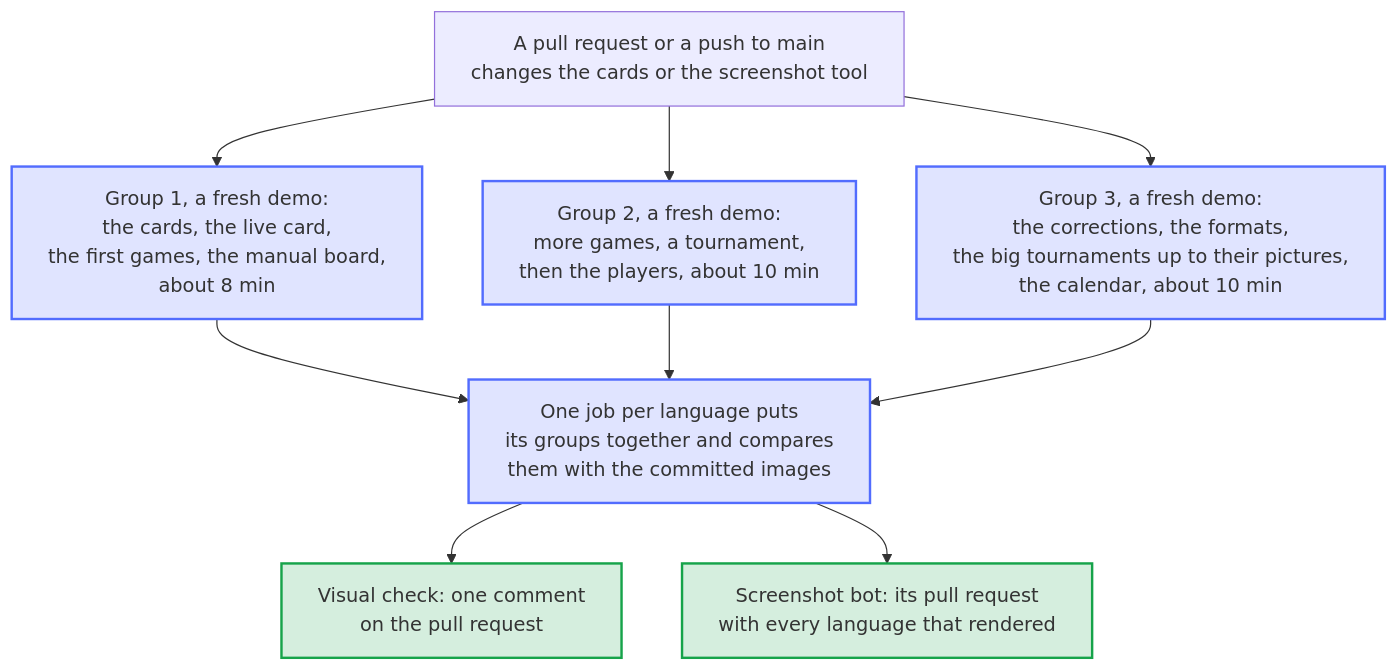
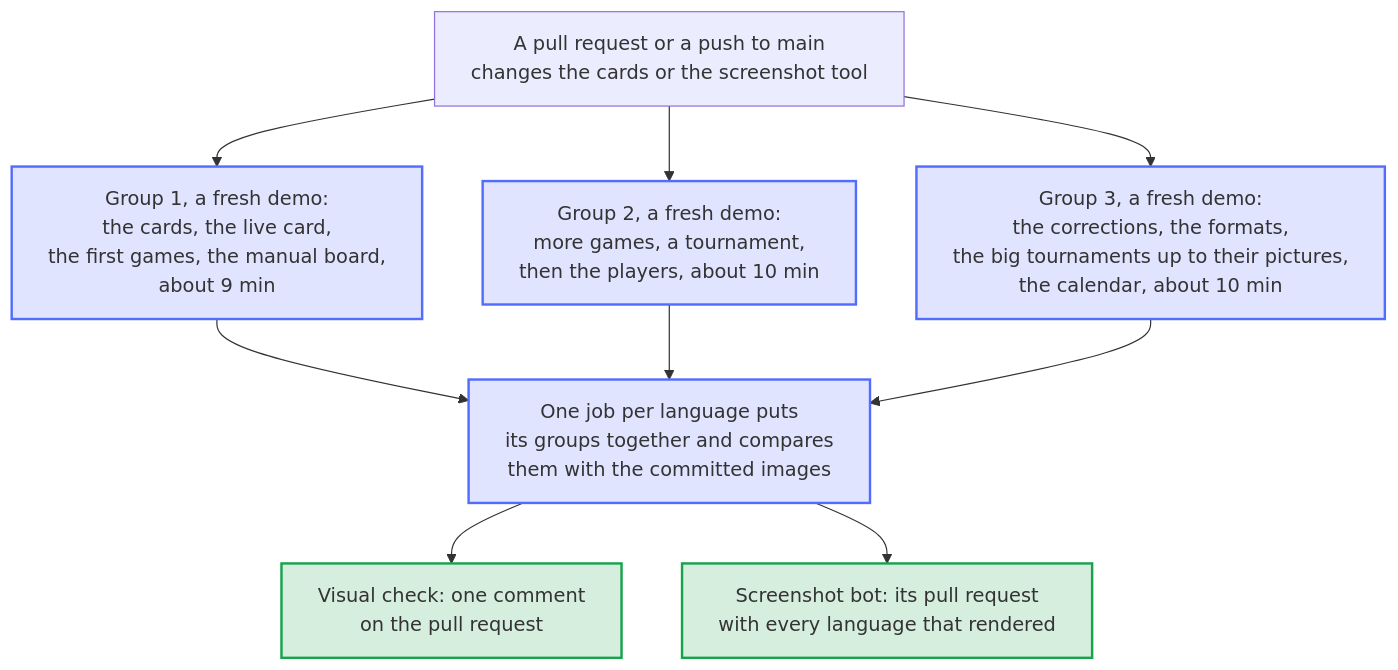
The diagram in docs/diagrams/screenshot-groups.en.mmd (Dennis-Otto/homedarts-for-autodarts), drawn with Mermaid before and after one commit. The commit also changed 7 other files, not shown here.

```diff
--- a/docs/diagrams/screenshot-groups.en.mmd
+++ b/docs/diagrams/screenshot-groups.en.mmd
@@ -1,21 +1,21 @@
 ---
 config:
   flowchart:
     wrappingWidth: 400
 ---
 flowchart TB
   accTitle: How the visual check and the screenshot bot render the images in groups
   accDescr: Each language renders in three groups at once, each group on a runner of its own from a fresh demo. The cards, the first games and the dartboard without Autodarts make group 1, more games with the players group 2, the corrections of a dart, the formats, the big tournaments and the calendar group 3. Then one job per language puts the images of its three groups together and compares them with the committed images. The visual check writes the comparison into one comment on the pull request; the screenshot bot updates its pull request with every language that rendered.
 
   START["A pull request or a push to main<br/>changes the cards or the screenshot tool"] --> G1 & G2 & G3
-  G1["Group 1, a fresh demo:<br/>the cards, the live card,<br/>the first games, the manual board,<br/>about 8 min"]
+  G1["Group 1, a fresh demo:<br/>the cards, the live card,<br/>the first games, the manual board,<br/>about 9 min"]
   G2["Group 2, a fresh demo:<br/>more games, a tournament,<br/>then the players, about 10 min"]
   G3["Group 3, a fresh demo:<br/>the corrections, the formats,<br/>the big tournaments up to their pictures,<br/>the calendar, about 10 min"]
   G1 & G2 & G3 --> COLLECT["One job per language puts<br/>its groups together and compares<br/>them with the committed images"]
   COLLECT --> COMMENT["Visual check: one comment<br/>on the pull request"]
   COLLECT --> BOT["Screenshot bot: its pull request<br/>with every language that rendered"]
 
   classDef bot fill:#526cfe2e,stroke:#526cfe,stroke-width:2px
   classDef done fill:#16a34a2e,stroke:#16a34a,stroke-width:2px
   class G1,G2,G3,COLLECT bot
   class COMMENT,BOT done
```
